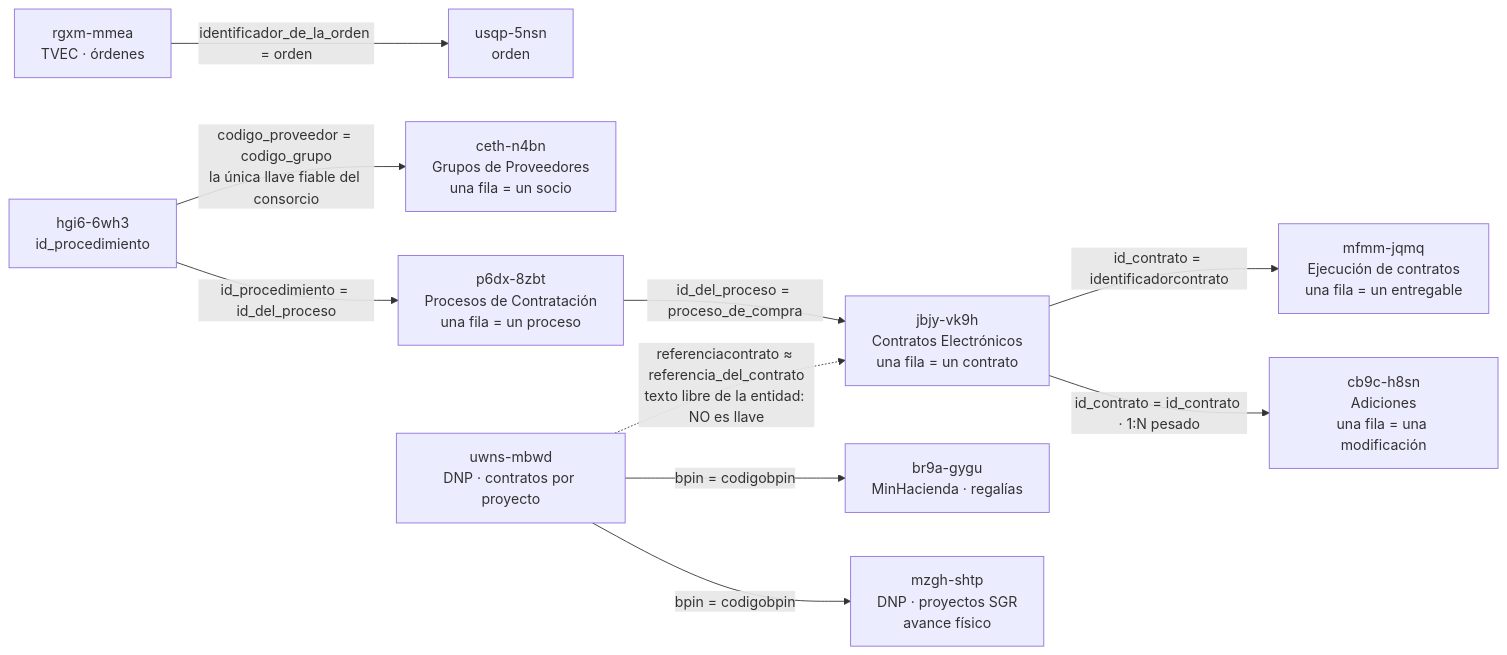
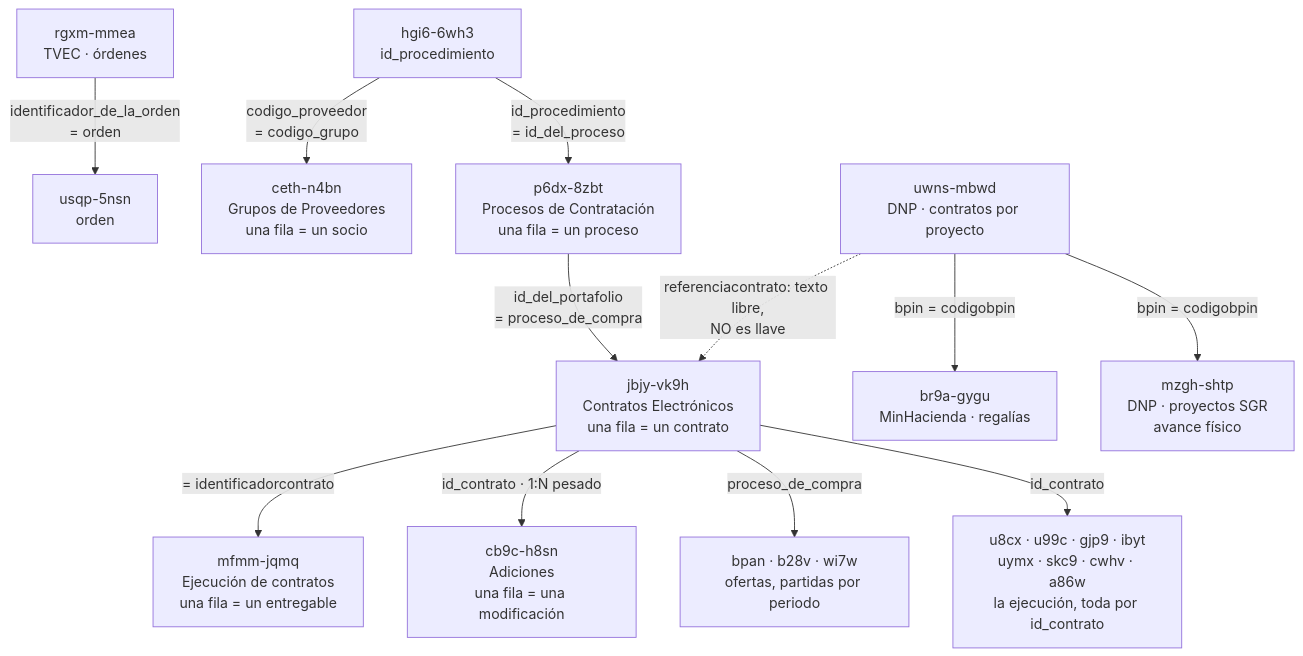
The diagram in docs/fuentes.md (manuelcastiblan/colombia-datos-mcp), drawn with Mermaid before and after one commit. The commit also changed other lines of this file and 9 other files, not shown here.

````diff
--- a/docs/fuentes.md
+++ b/docs/fuentes.md
@@ -214,24 +318,29 @@
 ```mermaid
-flowchart LR
+flowchart TD
     hgi6["hgi6-6wh3<br/>id_procedimiento"]
     p6dx["p6dx-8zbt<br/>Procesos de Contratación<br/>una fila = un proceso"]
     jbjy["jbjy-vk9h<br/>Contratos Electrónicos<br/>una fila = un contrato"]
     cb9c["cb9c-h8sn<br/>Adiciones<br/>una fila = una modificación"]
     rgxm["rgxm-mmea<br/>TVEC · órdenes"]
     usqp["usqp-5nsn<br/>orden"]
     ceth["ceth-n4bn<br/>Grupos de Proveedores<br/>una fila = un socio"]
     mfmm["mfmm-jqmq<br/>Ejecución de contratos<br/>una fila = un entregable"]
     uwns["uwns-mbwd<br/>DNP · contratos por proyecto"]
     mzgh["mzgh-shtp<br/>DNP · proyectos SGR<br/>avance físico"]
     br9a["br9a-gygu<br/>MinHacienda · regalías"]
 
-    hgi6 -->|"id_procedimiento = id_del_proceso"| p6dx
-    p6dx -->|"id_del_proceso = proceso_de_compra"| jbjy
-    jbjy -->|"id_contrato = id_contrato · 1:N pesado"| cb9c
-    jbjy -->|"id_contrato = identificadorcontrato"| mfmm
-    hgi6 -->|"codigo_proveedor = codigo_grupo<br/>la única llave fiable del consorcio"| ceth
-    rgxm -->|"identificador_de_la_orden = orden"| usqp
+    ejec["u8cx · u99c · gjp9 · ibyt<br/>uymx · skc9 · cwhv · a86w<br/>la ejecución, toda por id_contrato"]
+    ofe["bpan · b28v · wi7w<br/>ofertas, partidas por periodo"]
+
+    hgi6 -->|"id_procedimiento<br/>= id_del_proceso"| p6dx
+    p6dx -->|"id_del_portafolio<br/>= proceso_de_compra"| jbjy
+    jbjy -->|"id_contrato"| ejec
+    jbjy -->|"proceso_de_compra"| ofe
+    jbjy -->|"id_contrato · 1:N pesado"| cb9c
+    jbjy -->|"= identificadorcontrato"| mfmm
+    hgi6 -->|"codigo_proveedor<br/>= codigo_grupo"| ceth
+    rgxm -->|"identificador_de_la_orden<br/>= orden"| usqp
     uwns -->|"bpin = codigobpin"| mzgh
     uwns -->|"bpin = codigobpin"| br9a
-    uwns -.->|"referenciacontrato ≈ referencia_del_contrato<br/>texto libre de la entidad: NO es llave"| jbjy
+    uwns -.->|"referenciacontrato: texto libre,<br/>NO es llave"| jbjy
 ```
````
